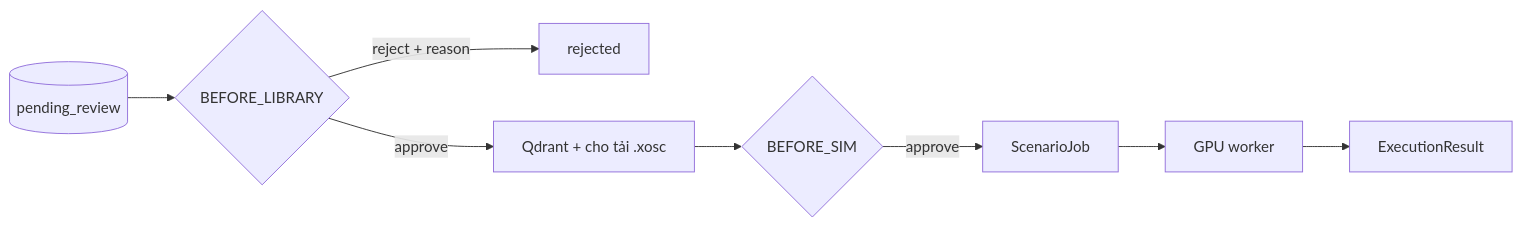
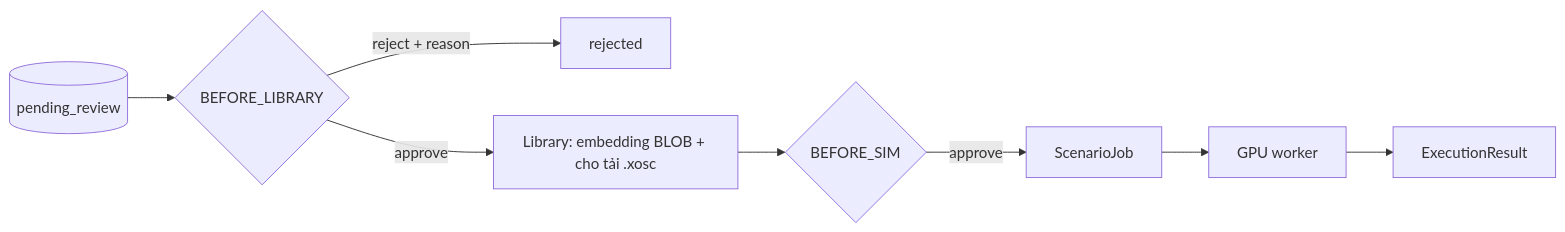
One commit to Menakanchi/nextjs-boilerplate changed the third of 3 diagrams in ARCHITECTURE.md. Above: the diagram before and after it, drawn with Mermaid. The commit also changed other lines of this file and 8 other files, not shown here.

First line of the commit message:
docs: ADR-013 chốt SQLite + embedding BLOB, supersede ADR-003

````diff
--- a/ARCHITECTURE.md
+++ b/ARCHITECTURE.md
@@ -97,10 +98,10 @@
 ```mermaid
 graph LR
     P[(pending_review)] --> R1{BEFORE_LIBRARY}
     R1 -->|reject + reason| RJ[rejected]
-    R1 -->|approve| LIB[Qdrant + cho tải .xosc]
+    R1 -->|approve| LIB[Library: embedding BLOB + cho tải .xosc]
     LIB --> R2{BEFORE_SIM}
     R2 -->|approve| JOB[ScenarioJob]
     JOB --> W[GPU worker]
     W --> RES[ExecutionResult]
 ```
````
